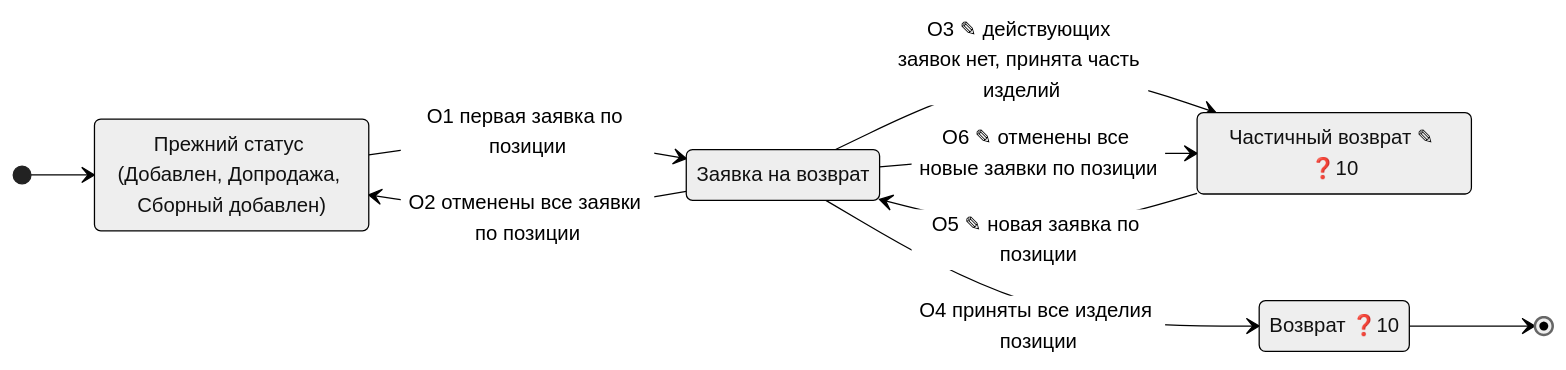
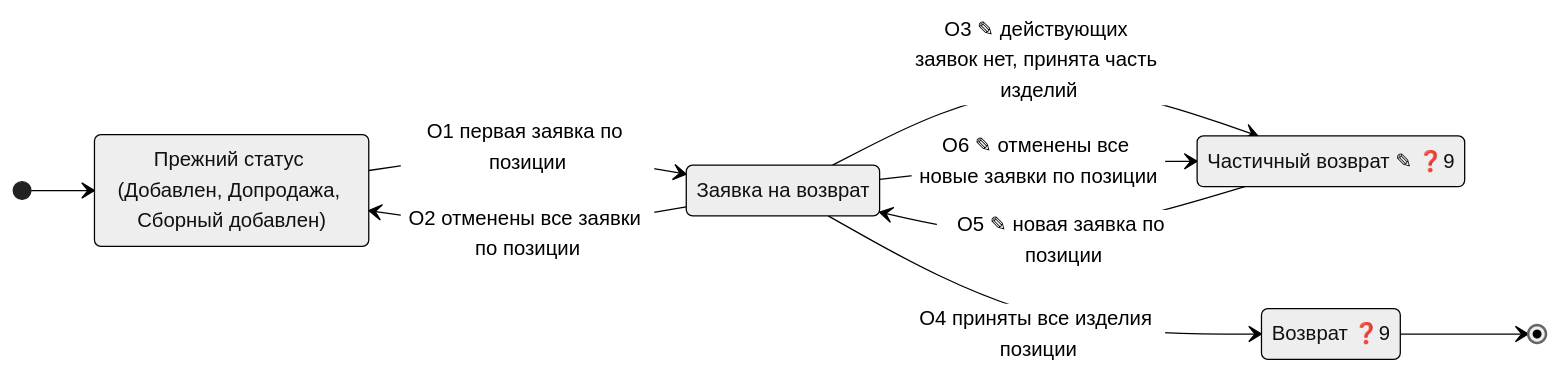
The third of 3 diagrams in projects/returns-2.0/requirements/diagrams/state/return-status_state.md (Terinss155/opencode-agents-analysis), drawn with Mermaid (neutral theme) before and after one commit. The commit also changed other lines of this file and 33 other files, not shown here.

````diff
--- a/projects/returns-2.0/requirements/diagrams/state/return-status_state.md
+++ b/projects/returns-2.0/requirements/diagrams/state/return-status_state.md
@@ -155,18 +154,18 @@
 ```mermaid
 stateDiagram-v2
     direction LR
 
     state "Прежний статус (Добавлен, Допродажа, Сборный добавлен)" as Sold
     state "Заявка на возврат" as Requested
-    state "Частичный возврат ✎ ❓10" as Partial
-    state "Возврат ❓10" as Returned
+    state "Частичный возврат ✎ ❓9" as Partial
+    state "Возврат ❓9" as Returned
 
     [*] --> Sold
     Sold --> Requested : O1 первая заявка по позиции
     Requested --> Sold : O2 отменены все заявки по позиции
     Requested --> Partial : O3 ✎ действующих заявок нет, принята часть изделий
     Requested --> Returned : O4 приняты все изделия позиции
     Partial --> Requested : O5 ✎ новая заявка по позиции
     Requested --> Partial : O6 ✎ отменены все новые заявки по позиции
     Returned --> [*]
 ```
````
